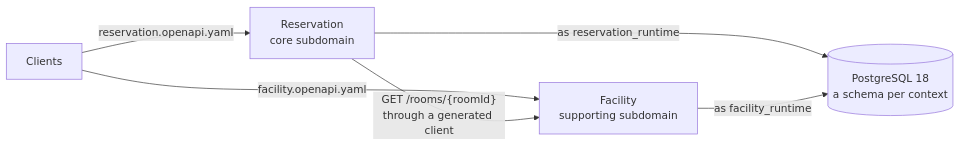
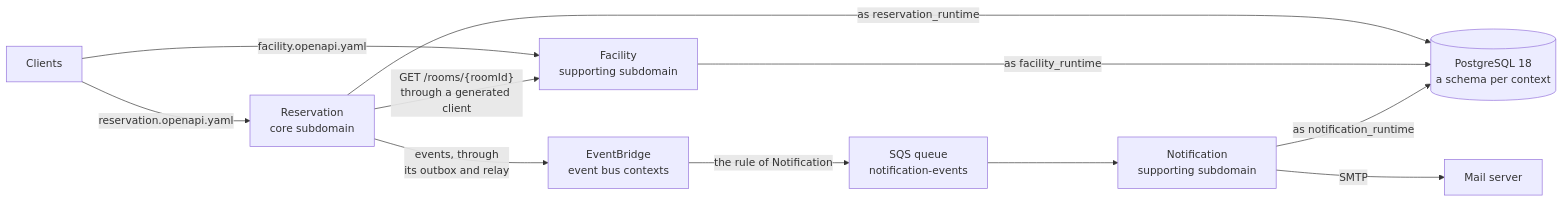
One commit to ma-chisuke/go-nextjs-ddd-monorepo changed the first of 3 diagrams in ARCHITECTURE.md. Above: the diagram before and after it, drawn with Mermaid. The commit also changed other lines of this file and 53 other files, not shown here.

````diff
--- a/ARCHITECTURE.md
+++ b/ARCHITECTURE.md
@@ -8,12 +8,21 @@
 ```mermaid
 flowchart LR
     clients["Clients"]
     reservation["Reservation<br/>core subdomain"]
     facility["Facility<br/>supporting subdomain"]
+    notification["Notification<br/>supporting subdomain"]
+    bus["EventBridge<br/>event bus contexts"]
+    queue["SQS queue<br/>notification-events"]
+    mail["Mail server"]
     db[("PostgreSQL 18<br/>a schema per context")]
     clients -- "reservation.openapi.yaml" --> reservation
     clients -- "facility.openapi.yaml" --> facility
     reservation -- "GET /rooms/{roomId}<br/>through a generated client" --> facility
+    reservation -- "events, through<br/>its outbox and relay" --> bus
+    bus -- "the rule of Notification" --> queue
+    queue --> notification
+    notification -- "SMTP" --> mail
     reservation -- "as reservation_runtime" --> db
     facility -- "as facility_runtime" --> db
+    notification -- "as notification_runtime" --> db
 ```
````
